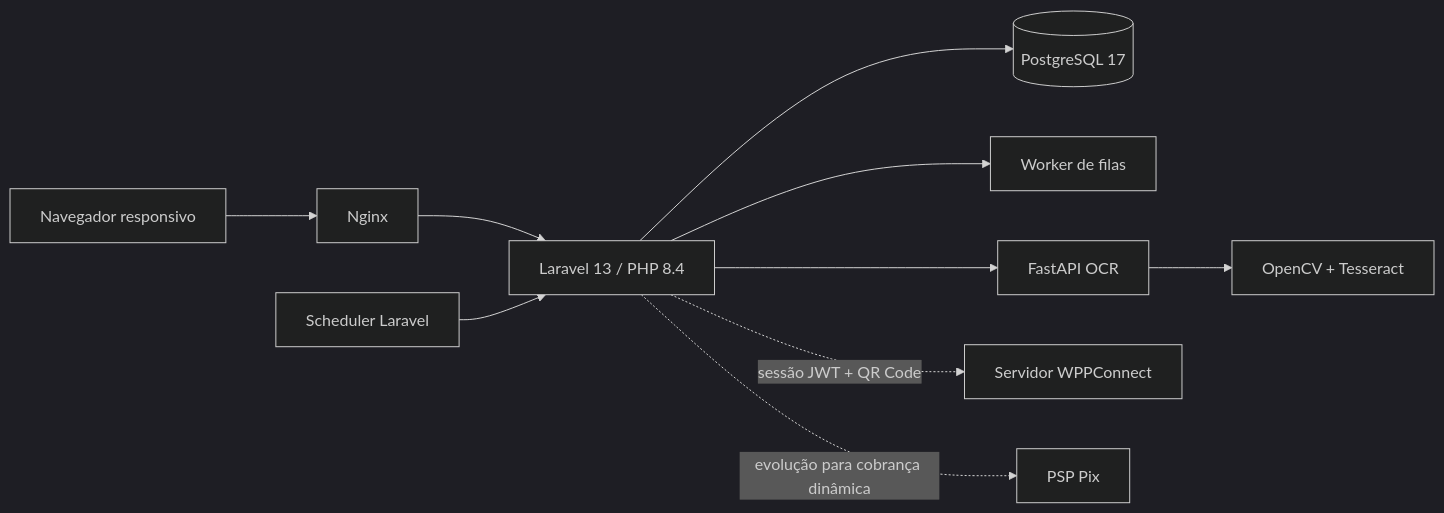
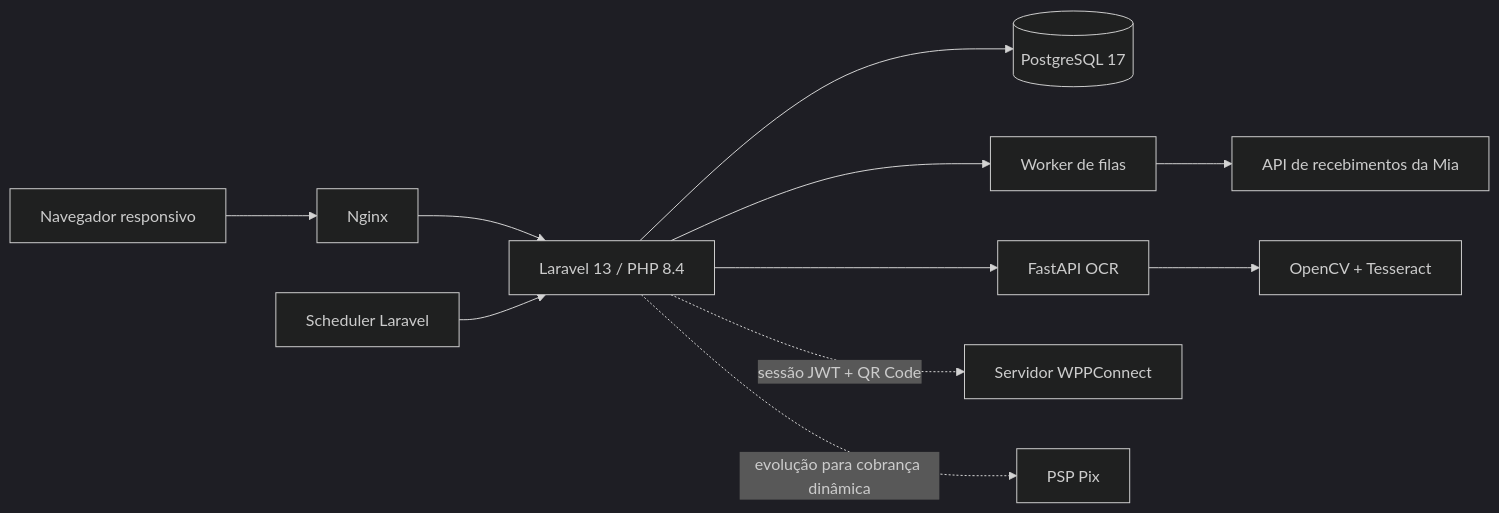
The first of 2 diagrams in docs/ARCHITECTURE.md (josival87/aluguelPro), drawn with Mermaid (dark theme) before and after one commit. The commit also changed other lines of this file and 17 other files, not shown here.

````diff
--- a/docs/ARCHITECTURE.md
+++ b/docs/ARCHITECTURE.md
@@ -5,12 +5,13 @@
 ```mermaid
 flowchart LR
     U["Navegador responsivo"] --> N["Nginx"]
     N --> L["Laravel 13 / PHP 8.4"]
     L --> P[("PostgreSQL 17")]
     L --> Q["Worker de filas"]
     S["Scheduler Laravel"] --> L
     L --> O["FastAPI OCR"]
     O --> T["OpenCV + Tesseract"]
     L -. "sessão JWT + QR Code" .-> W["Servidor WPPConnect"]
+    Q --> M["API de recebimentos da Mia"]
     L -. "evolução para cobrança dinâmica" .-> PSP["PSP Pix"]
 ```
````
